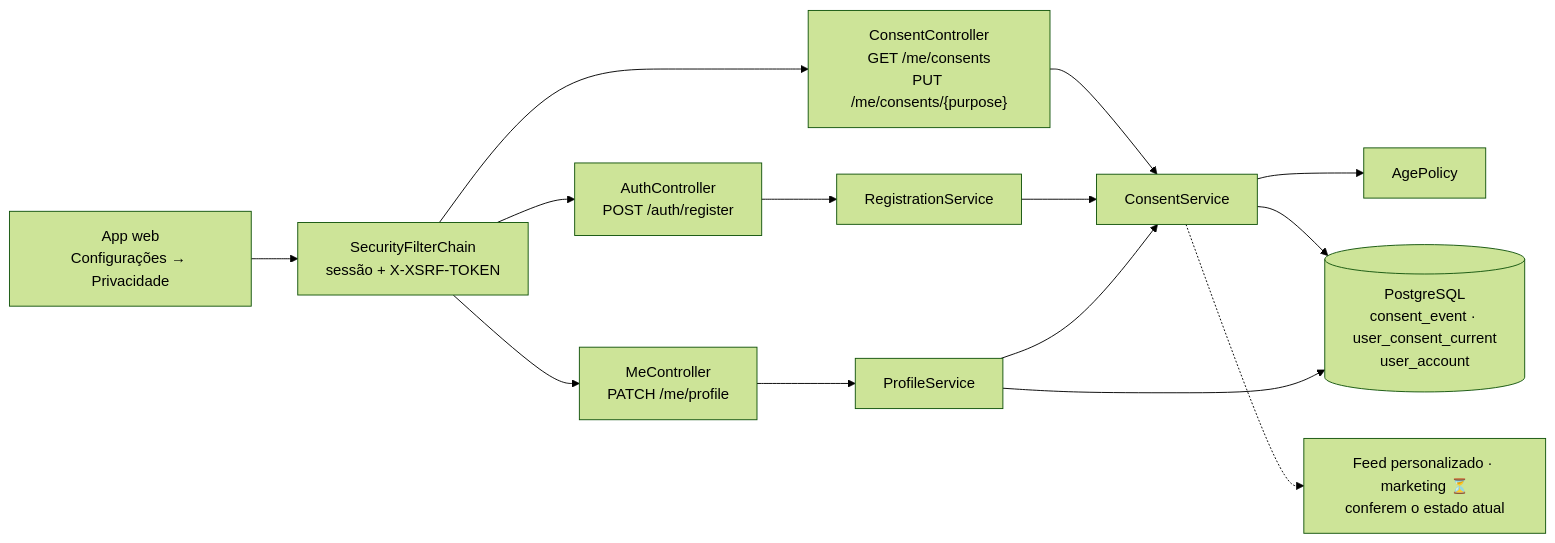
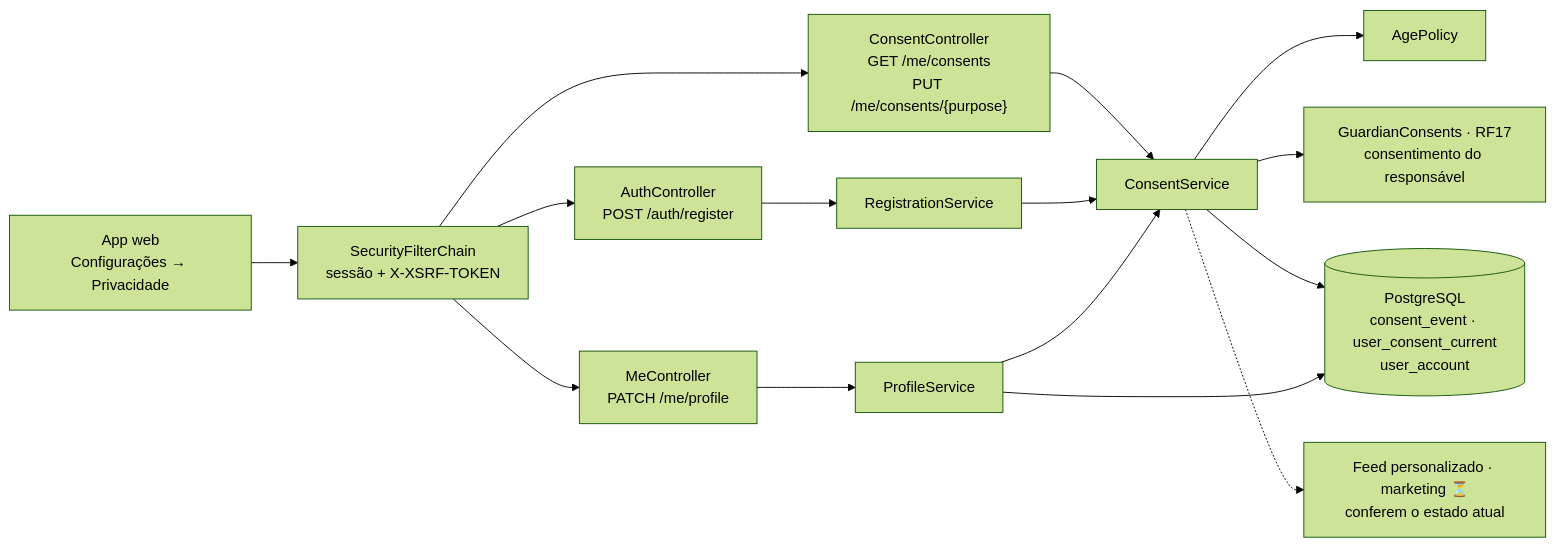
One commit to MatheusHaliski/Friendly-Eats changed the diagram in docs/RF3/componentes.md. Above: the diagram before and after it, drawn with Mermaid (forest theme). The commit also changed 71 other files, not shown here.

````diff
--- a/docs/RF3/componentes.md
+++ b/docs/RF3/componentes.md
@@ -3,16 +3,17 @@
 ```mermaid
 flowchart LR
     APP["App web<br/>Configurações → Privacidade"] --> SEC["SecurityFilterChain<br/>sessão + X-XSRF-TOKEN"]
     SEC --> AC["AuthController<br/>POST /auth/register"]
     SEC --> CC["ConsentController<br/>GET /me/consents<br/>PUT /me/consents/{purpose}"]
     SEC --> MC["MeController<br/>PATCH /me/profile"]
     AC --> RS["RegistrationService"]
     CC --> CS["ConsentService"]
     MC --> PS["ProfileService"]
     RS --> CS
     PS --> CS
     CS --> AP["AgePolicy"]
+    CS --> GCO["GuardianConsents · RF17<br/>consentimento do responsável"]
     CS --> PG[("PostgreSQL<br/>consent_event · user_consent_current<br/>user_account")]
     PS --> PG
     CS -.-> CON["Feed personalizado · marketing ⏳<br/>conferem o estado atual"]
 ```
````
